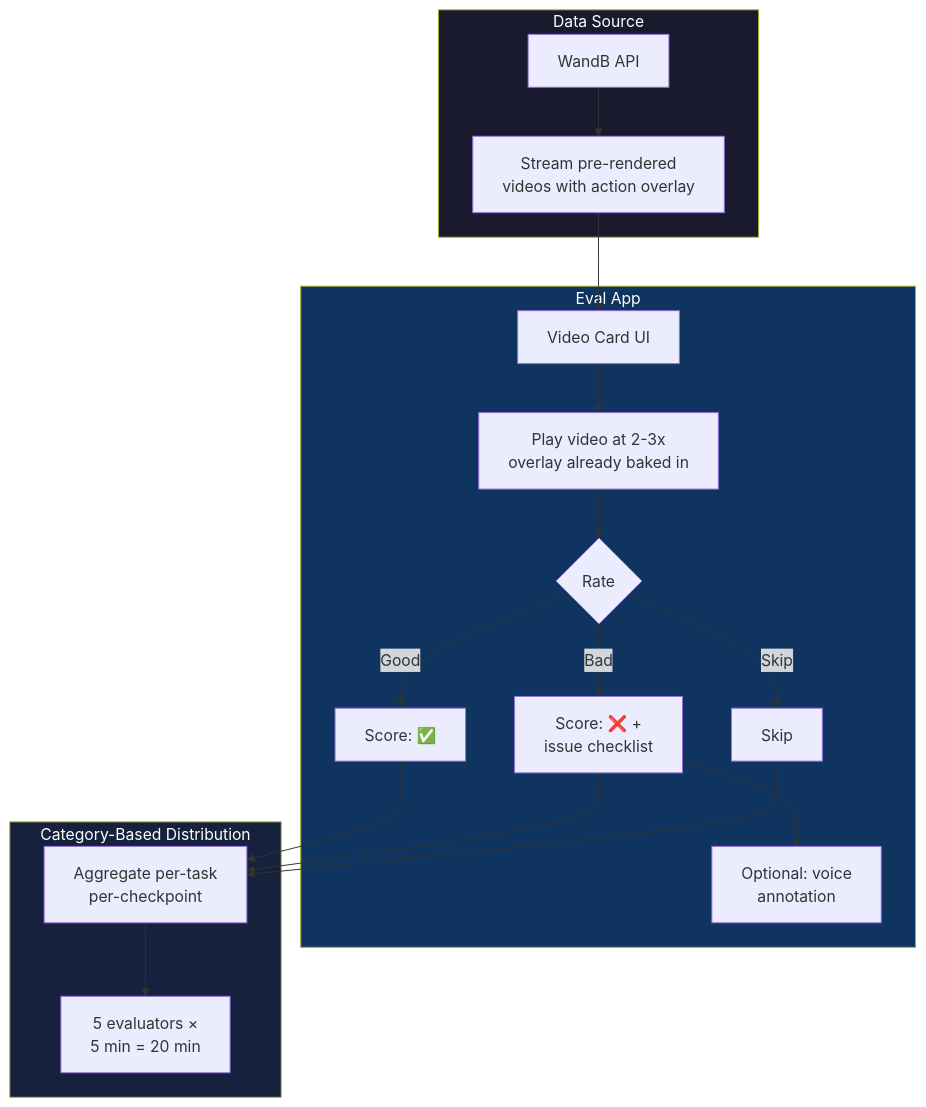
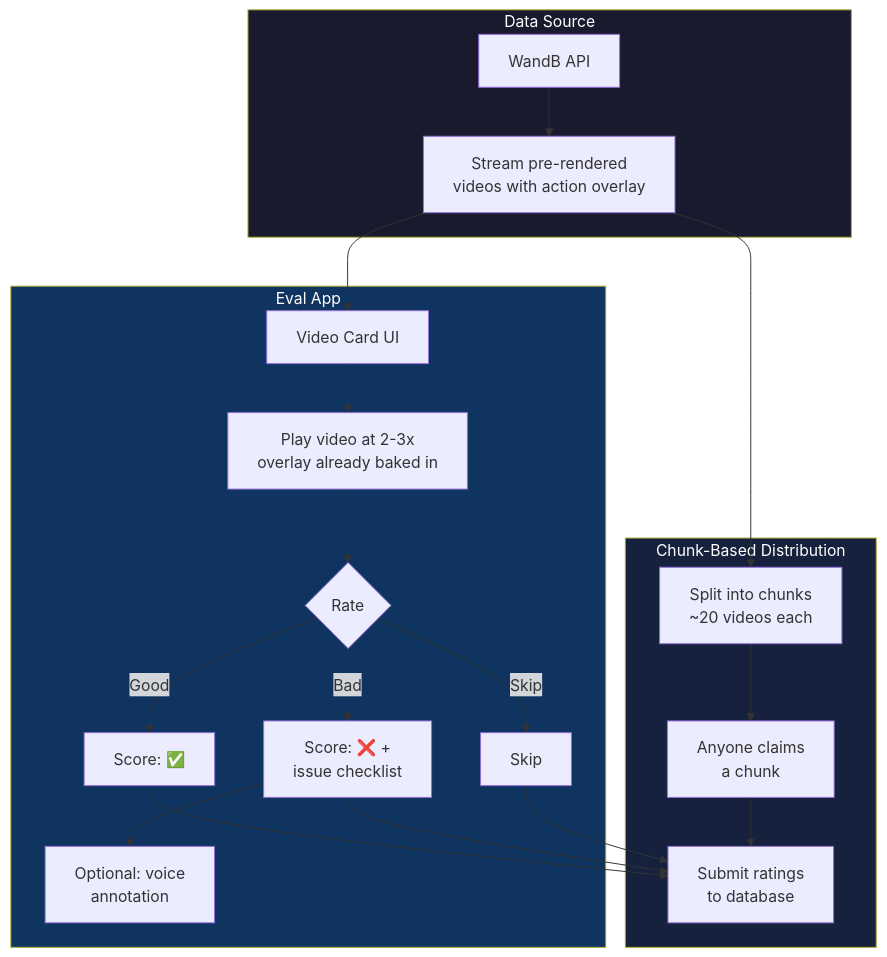
Before and after one commit to GindaChen/fastvideo-eval: the third of 5 diagrams in README.md, drawn with Mermaid. The commit also changed other lines of this file, not shown here.

Commit message:
SP1: chunk-based work distribution, SP2: add dependency + inspection
- SP1: Replace category-based assignment with chunk-based (~20 videos each)
  Anyone claims chunks and submits ratings to database
- SP2: Note dependency on SP3 for task categorization
- SP2: Add inspection view (drill into per-video per-checkpoint scores)

````diff
--- a/README.md
+++ b/README.md
@@ -73,25 +73,27 @@
 ```mermaid
 graph TD
     subgraph DataSource["Data Source"]
         DS1[WandB API] --> DS2[Stream pre-rendered<br/>videos with action overlay]
     end
 
     subgraph App["Eval App"]
         DS2 --> A1[Video Card UI]
         A1 --> A2[Play video at 2-3x<br/>overlay already baked in]
         A2 --> A3{Rate}
         A3 -->|Good| A4[Score: ✅]
         A3 -->|Bad| A5[Score: ❌ +<br/>issue checklist]
         A3 -->|Skip| A6[Skip]
         A5 --> A7[Optional: voice<br/>annotation]
     end
 
-    subgraph Team["Category-Based Distribution"]
-        A4 & A5 & A6 --> T1[Aggregate per-task<br/>per-checkpoint]
-        T1 --> T2[5 evaluators ×<br/>5 min = 20 min]
+    subgraph Chunks["Chunk-Based Distribution"]
+        DS2 --> C1[Split into chunks<br/>~20 videos each]
+        C1 --> C2[Anyone claims<br/>a chunk]
+        C2 --> C3[Submit ratings<br/>to database]
+        A4 & A5 & A6 --> C3
     end
 
     style DataSource fill:#1a1a2e,color:#fff
     style App fill:#0f3460,color:#fff
-    style Team fill:#16213e,color:#fff
+    style Chunks fill:#16213e,color:#fff
 ```
````
